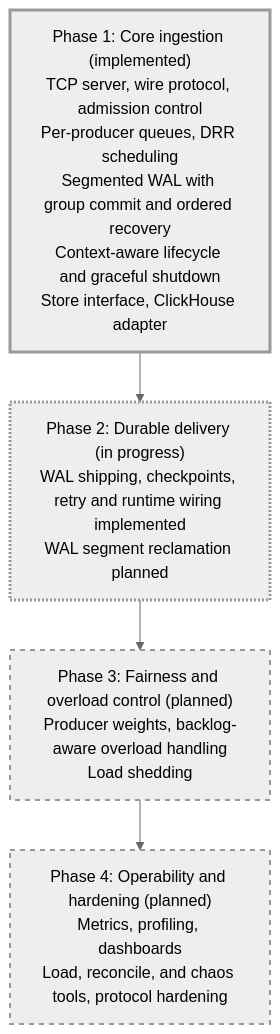
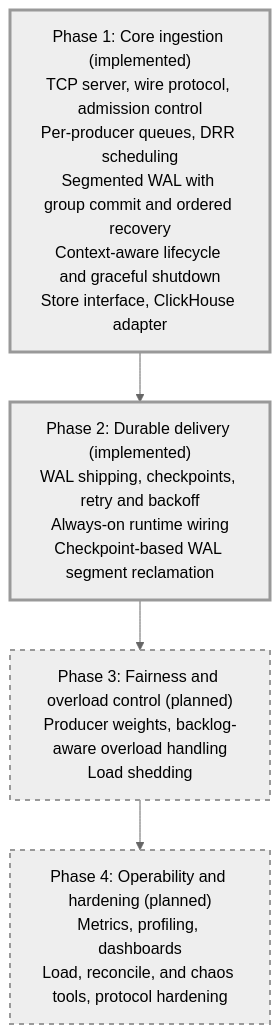
Before and after one commit to PratyushVishal11011/Fairgate: diagram 15 of 15 in README.md, drawn with Mermaid (neutral theme). The commit also changed other lines of this file and 35 other files, not shown here.

Commit message:
feat: always enable WAL shipping and reclaim shipped segments

````diff
--- a/README.md
+++ b/README.md
@@ -675,16 +732,14 @@
 ```mermaid
 flowchart TD
     P1["Phase 1: Core ingestion (implemented)<br/>TCP server, wire protocol, admission control<br/>Per-producer queues, DRR scheduling<br/>Segmented WAL with group commit and ordered recovery<br/>Context-aware lifecycle and graceful shutdown<br/>Store interface, ClickHouse adapter"]
-    P2["Phase 2: Durable delivery (in progress)<br/>WAL shipping, checkpoints, retry and runtime wiring implemented<br/>WAL segment reclamation planned"]
+    P2["Phase 2: Durable delivery (implemented)<br/>WAL shipping, checkpoints, retry and backoff<br/>Always-on runtime wiring<br/>Checkpoint-based WAL segment reclamation"]
     P3["Phase 3: Fairness and overload control (planned)<br/>Producer weights, backlog-aware overload handling<br/>Load shedding"]
     P4["Phase 4: Operability and hardening (planned)<br/>Metrics, profiling, dashboards<br/>Load, reconcile, and chaos tools, protocol hardening"]
 
     P1 --> P2 --> P3 --> P4
 
     classDef done stroke-width:3px;
-    classDef active stroke-dasharray: 2 2,stroke-width:3px;
     classDef planned stroke-dasharray: 5 5,stroke-width:2px;
-    class P1 done;
-    class P2 active;
+    class P1,P2 done;
     class P3,P4 planned;
 ```
````
